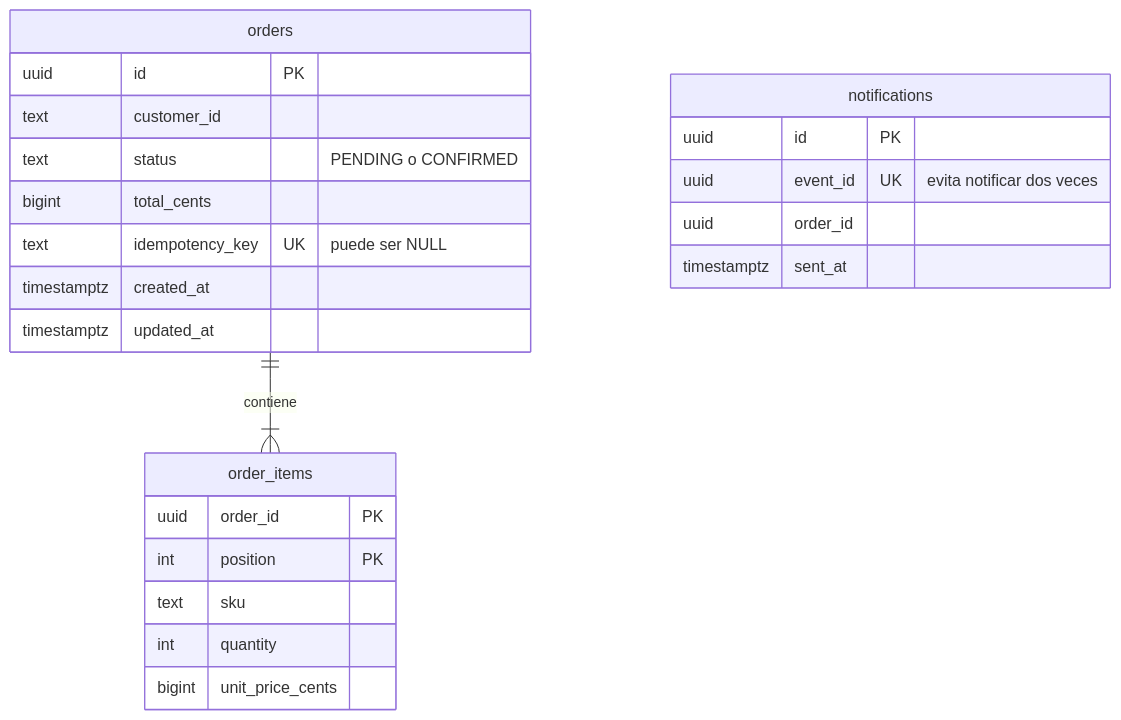
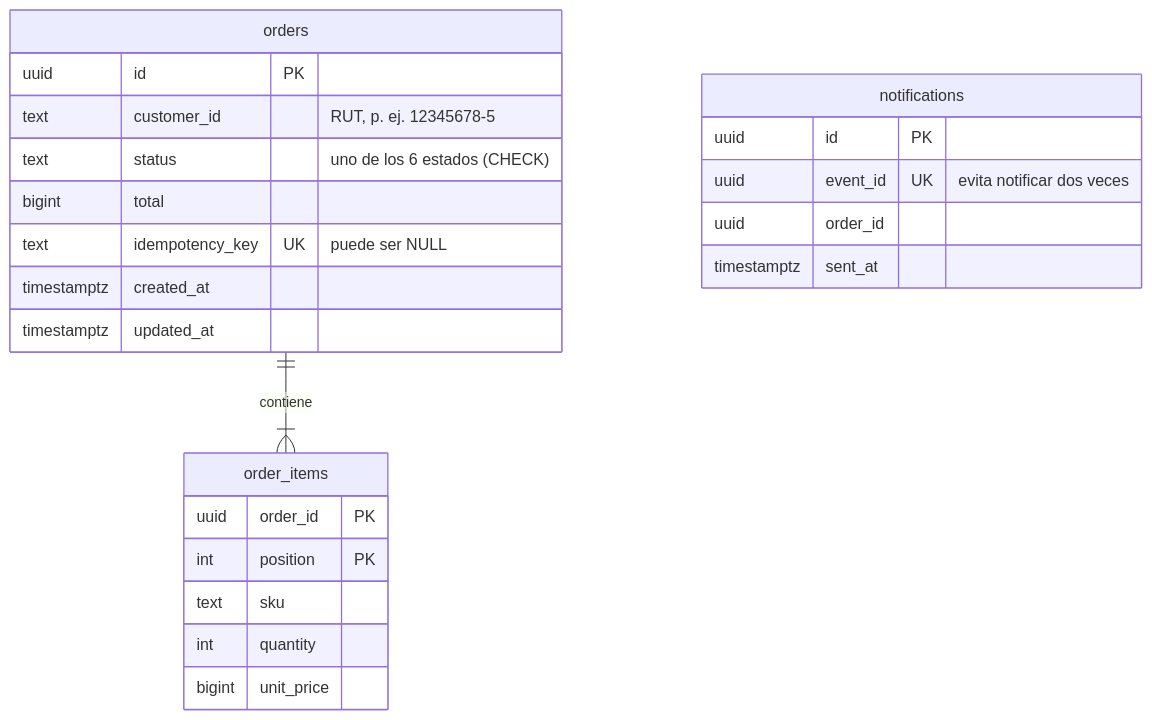
Before and after one commit to josemiguellopez/bootcamp_go_xintec: the seventh of 8 diagrams in docs/04-arquitectura.md, drawn with Mermaid. The commit also changed other lines of this file and 11 other files, not shown here.

First line of the commit message:
docs: estados, RUT, Postman, sitio web y análisis de dependencias

````diff
--- a/docs/04-arquitectura.md
+++ b/docs/04-arquitectura.md
@@ -131,26 +141,26 @@
 ```mermaid
 erDiagram
     orders ||--|{ order_items : contiene
     orders {
         uuid id PK
-        text customer_id
-        text status "PENDING o CONFIRMED"
-        bigint total_cents
+        text customer_id "RUT, p. ej. 12345678-5"
+        text status "uno de los 6 estados (CHECK)"
+        bigint total
         text idempotency_key UK "puede ser NULL"
         timestamptz created_at
         timestamptz updated_at
     }
     order_items {
         uuid order_id PK
         int position PK
         text sku
         int quantity
-        bigint unit_price_cents
+        bigint unit_price
     }
     notifications {
         uuid id PK
         uuid event_id UK "evita notificar dos veces"
         uuid order_id
         timestamptz sent_at
     }
 ```
````
